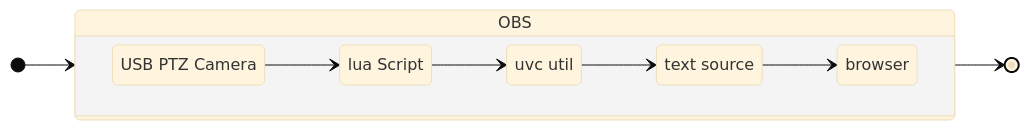
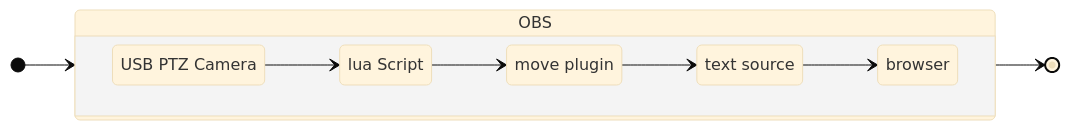
One commit to UUoocl/Photo_Sphere_Viewer_for_OBS_windows changed the diagram in README.md. Above: the diagram before and after it, drawn with Mermaid (base theme).

````diff
--- a/README.md
+++ b/README.md
@@ -16,20 +16,20 @@
 ```mermaid
 stateDiagram
     direction LR
     A: USB PTZ Camera
     B: OBS
-    uvc: uvc util
+    m: move plugin 
     l: lua Script
     b: browser
     t: text source
     [*] --> B
     
     B --> [*]
     state B {
       direction LR
     A --> l
-      l --> uvc
-      uvc --> t
+      l --> m
+      m --> t
       t --> b 
     }
 ```
````
